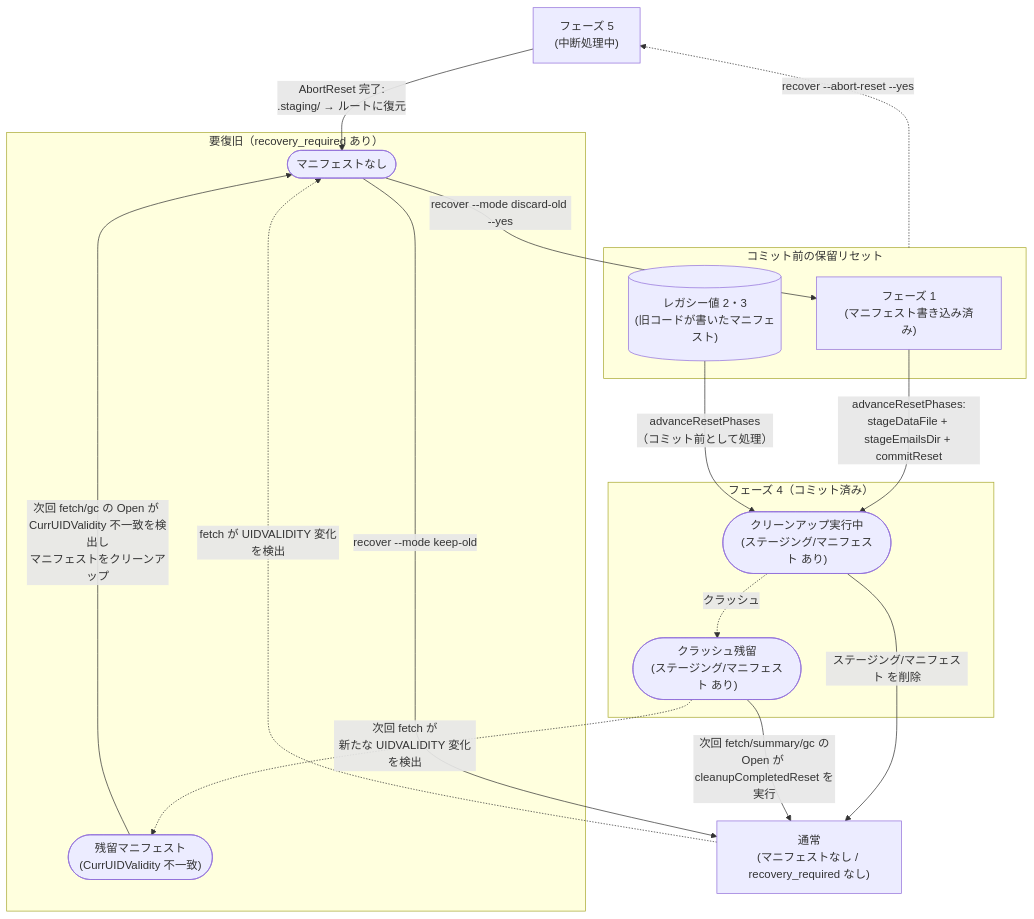
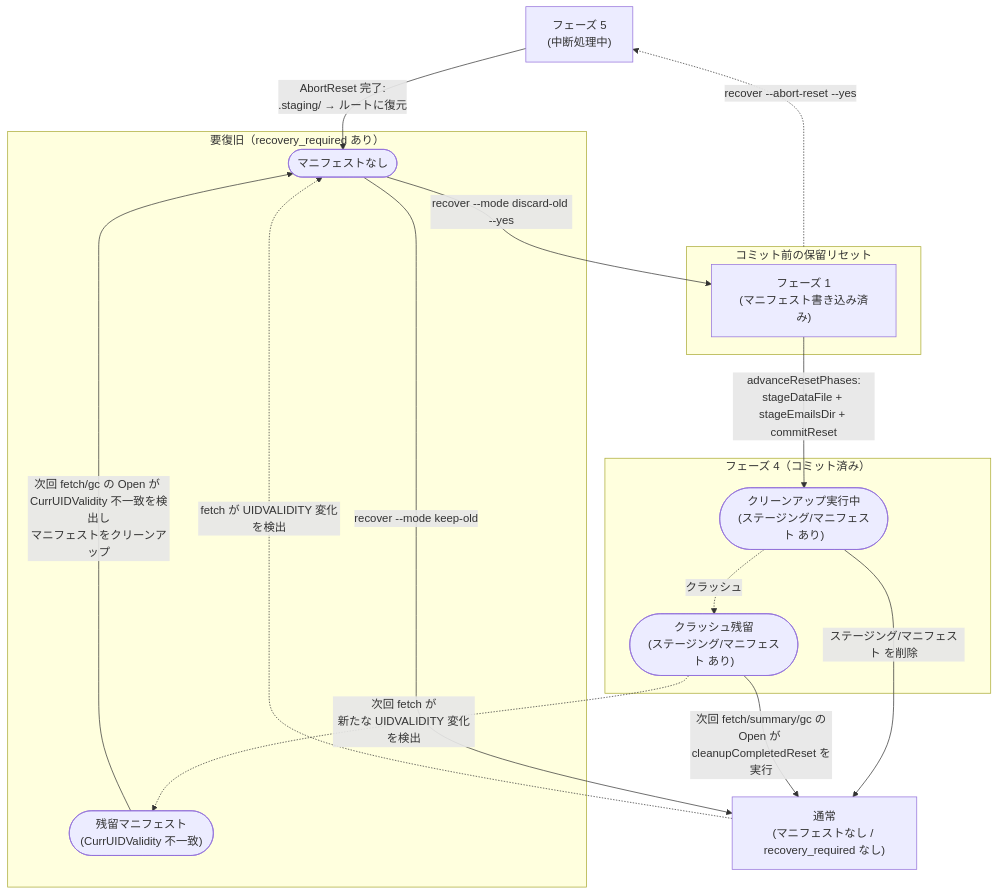
One commit to isseis/tlsrpt-digest changed the diagram in docs/dev/adr/0003_reset_phase_design.ja.md. Above: the diagram before and after it, drawn with Mermaid. The commit also changed other lines of this file, not shown here.

Commit message:
docs(adr-0003): remove Legacy node from state transition diagram in ja.md
レガシー値 2・3 は本文で言及するのみとし、状態遷移図では表示しない。
Legacy ノードとその遷移矢印を削除し、凡例のシリンダ説明も削除。
英語版は /mktrans で後から更新する。

````diff
--- a/docs/dev/adr/0003_reset_phase_design.ja.md
+++ b/docs/dev/adr/0003_reset_phase_design.ja.md
@@ -91,34 +91,32 @@
 ```mermaid
 flowchart TD
     P5["フェーズ 5<br>(中断処理中)"]
 
     subgraph RecoveryReq["要復旧（recovery_required あり）"]
         RR(["マニフェストなし"])
         StaleM(["残留マニフェスト<br>(CurrUIDValidity 不一致)"])
     end
 
     subgraph PendingReset["コミット前の保留リセット"]
         P1["フェーズ 1<br>(マニフェスト書き込み済み)"]
-        Legacy[("レガシー値 2・3<br>(旧コードが書いたマニフェスト)")]
     end
 
     subgraph Phase4["フェーズ 4（コミット済み）"]
         P4a(["クリーンアップ実行中<br>(ステージング/マニフェスト あり)"])
         P4b(["クラッシュ残留<br>(ステージング/マニフェスト あり)"])
     end
 
     Normal["通常<br>(マニフェストなし / recovery_required なし)"]
 
     RR -->|"recover --mode keep-old"| Normal
     RR -->|"recover --mode discard-old --yes"| P1
     P1 -->|"advanceResetPhases:<br>stageDataFile + stageEmailsDir + commitReset"| P4a
-    Legacy -->|"advanceResetPhases<br>（コミット前として処理）"| P4a
     P4a -->|"ステージング/マニフェスト を削除"| Normal
     P4a -.->|"クラッシュ"| P4b
     P4b -->|"次回 fetch/summary/gc の<br>Open が cleanupCompletedReset を実行"| Normal
     P4b -.->|"次回 fetch が<br>新たな UIDVALIDITY 変化を検出"| StaleM
     StaleM -->|"次回 fetch/gc の Open が CurrUIDValidity 不一致を検出し<br>マニフェストをクリーンアップ"| RR
     PendingReset -.->|"recover --abort-reset --yes"| P5
     P5 -->|"AbortReset 完了:<br>.staging/ → ルートに復元"| RR
     Normal -.->|"fetch が UIDVALIDITY 変化を検出"| RR
 ```
````
